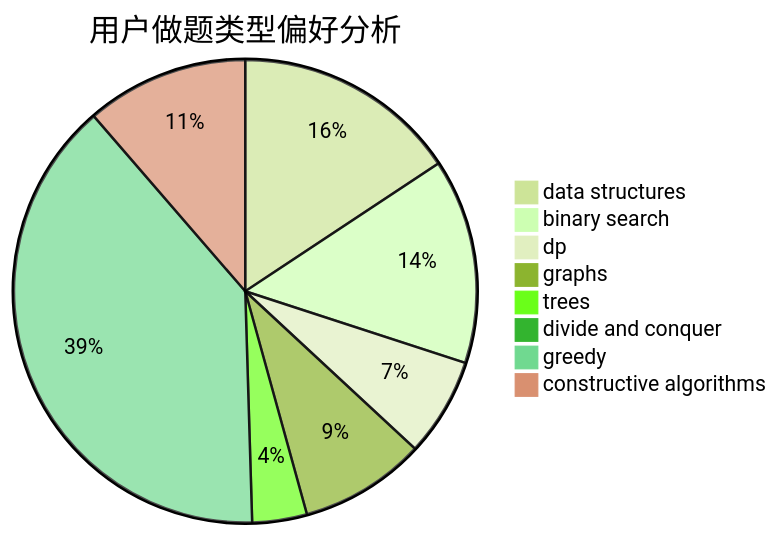
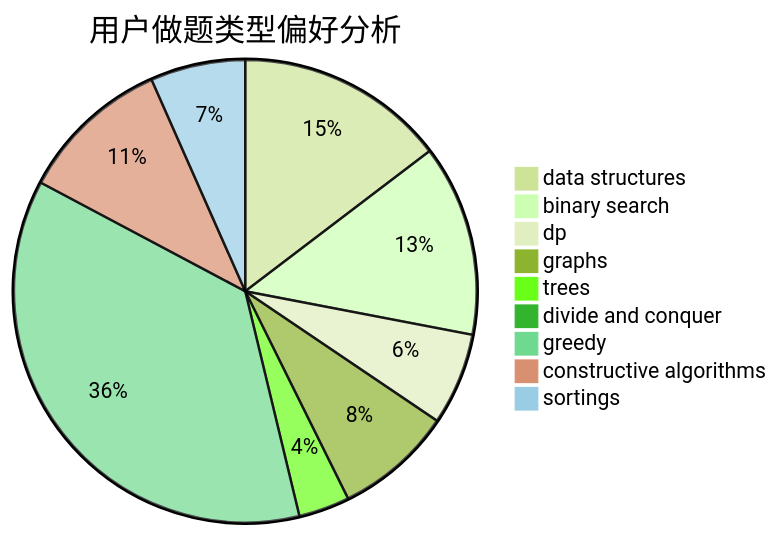
One commit to sherpahu/cfrs.github.io changed the second of 3 diagrams in docs/user/u2045.md. Above: the diagram before and after it, drawn with Mermaid (forest theme). The commit also changed other lines of this file and 2769 other files, not shown here.

````diff
--- a/docs/user/u2045.md
+++ b/docs/user/u2045.md
@@ -23,11 +18,12 @@
 ```mermaid
 pie title 用户做题类型偏好分析
     "data structures" :  148
     "binary search" :  135
     "dp" :  65
     "graphs" :  83
     "trees" :  36
     "divide and conquer" :  4
     "greedy" :  369
     "constructive algorithms" :  107
+    "sortings" :  67
 ```
````
